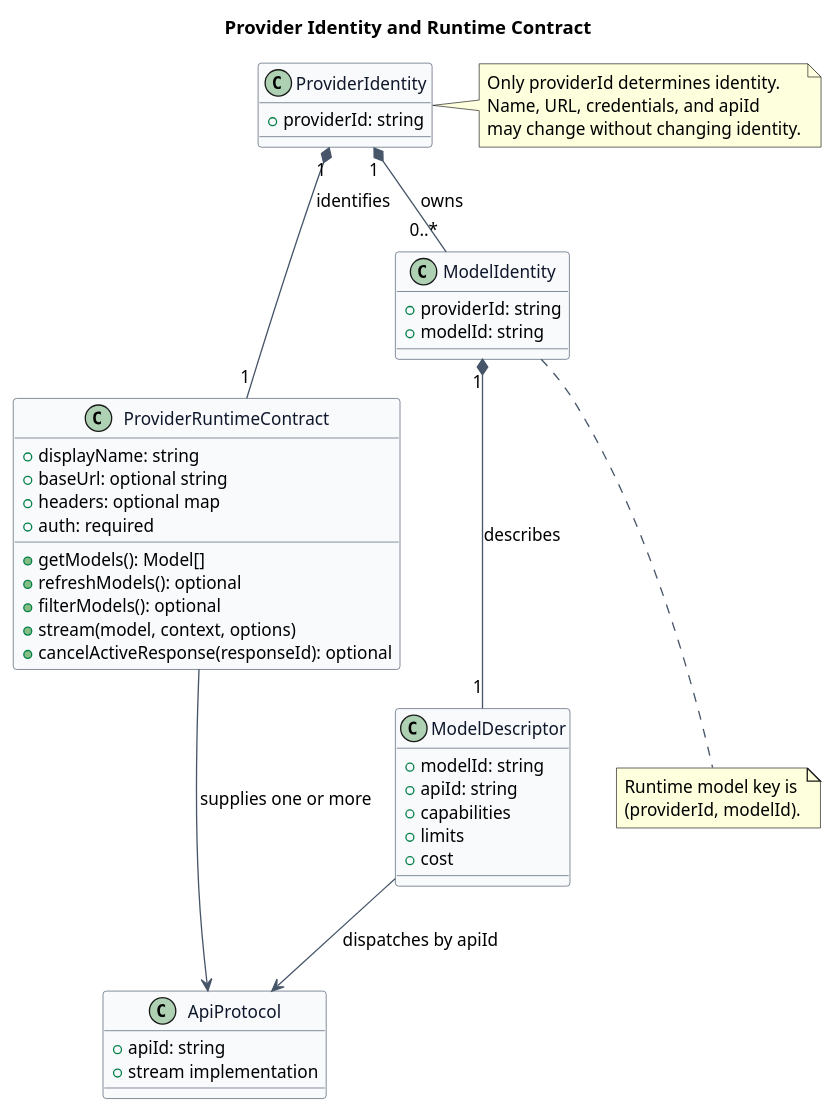
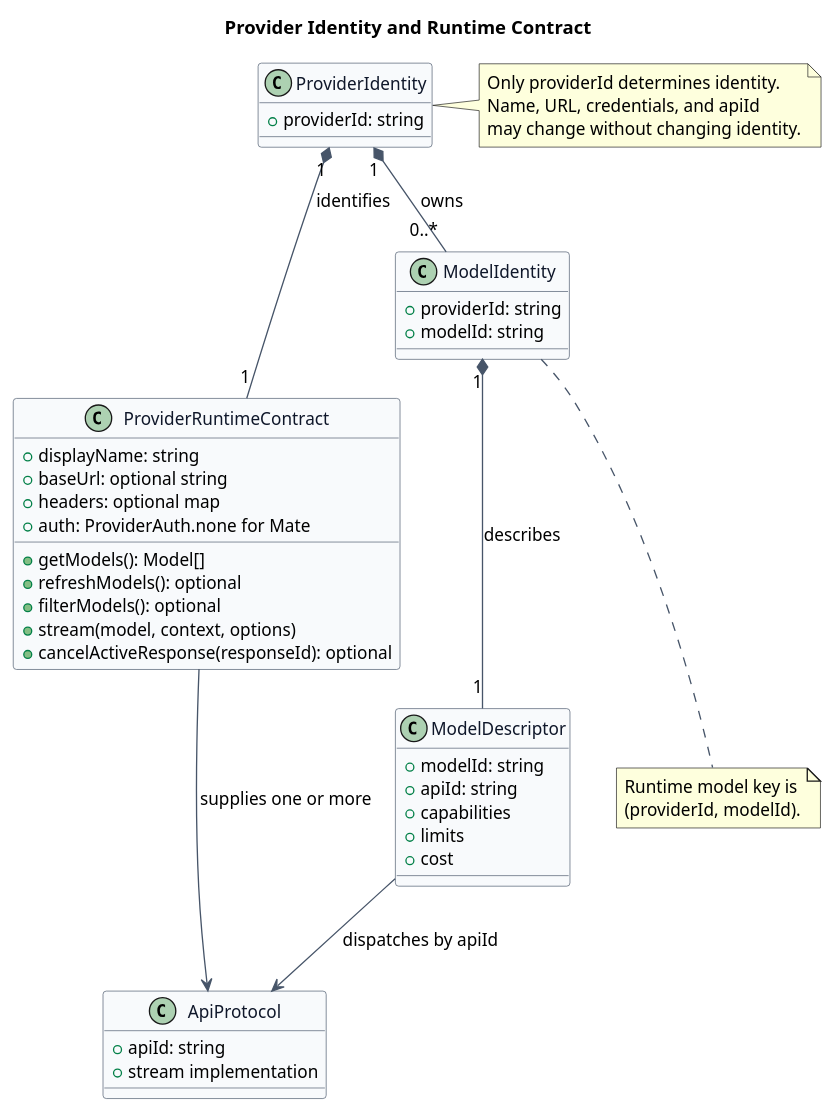
Before and after one commit to ssm0808/pi-mono-java-design: the first of 4 diagrams in model-manager-provider-contract/diagram.puml, drawn with PlantUML. The commit also changed other lines of this file and 10 other files, not shown here.

```diff
--- a/model-manager-provider-contract/diagram.puml
+++ b/model-manager-provider-contract/diagram.puml
@@ -1,71 +1,71 @@
 @startuml provider_identity_model
 title Provider Identity and Runtime Contract
 
 ' Source evidence:
 ' pi-mono packages/ai/src/models.ts: Provider (lines 88-149), MutableModels (lines 225-230), createProvider (lines 739-862)
 ' pi-mono packages/ai/src/types.ts: ProviderId (lines 35-76), Model (lines 820-850)
 ' Observed behavior: provider.id is the registry key and Model.provider selects the owning provider.
 ' Design reason: identity, protocol dispatch, model identity, and mutable connection data must remain separate.
 
 skinparam backgroundColor #FFFFFF
 skinparam shadowing false
 skinparam defaultFontName Arial
 skinparam defaultFontSize 13
 skinparam class {
   BackgroundColor #F8FAFC
   BorderColor #475569
   FontColor #0F172A
   ArrowColor #475569
 }
 
 class ProviderIdentity {
   +providerId: string
 }
 
 class ProviderRuntimeContract {
   +displayName: string
   +baseUrl: optional string
   +headers: optional map
-  +auth: required
+  +auth: ProviderAuth.none for Mate
   +getModels(): Model[]
   +refreshModels(): optional
   +filterModels(): optional
   +stream(model, context, options)
   +cancelActiveResponse(responseId): optional
 }
 
 class ModelIdentity {
   +providerId: string
   +modelId: string
 }
 
 class ModelDescriptor {
   +modelId: string
   +apiId: string
   +capabilities
   +limits
   +cost
 }
 
 class ApiProtocol {
   +apiId: string
   +stream implementation
 }
 
 ProviderIdentity "1" *-- "1" ProviderRuntimeContract : identifies
 ProviderIdentity "1" *-- "0..*" ModelIdentity : owns
 ModelIdentity "1" *-- "1" ModelDescriptor : describes
 ModelDescriptor --> ApiProtocol : dispatches by apiId
 ProviderRuntimeContract --> ApiProtocol : supplies one or more
 
 note right of ProviderIdentity
 Only providerId determines identity.
 Name, URL, credentials, and apiId
 may change without changing identity.
 end note
 
 note bottom of ModelIdentity
 Runtime model key is
 (providerId, modelId).
 end note
 @enduml
```
